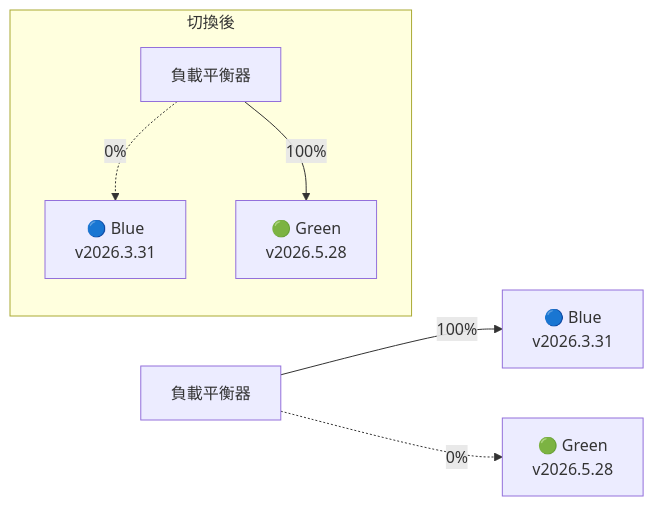
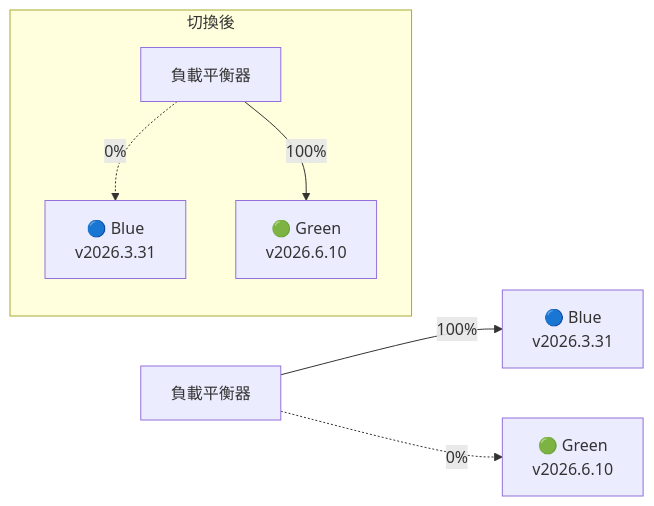
Before and after one commit to chihhung/Blog: diagram 36 of 51 in content/posts/教學/AI開發/OpenClaw生態系教學手冊.md, drawn with Mermaid. The commit also changed other lines of this file and 22 other files, not shown here.

````diff
--- a/content/posts/教學/AI開發/OpenClaw生態系教學手冊.md
+++ b/content/posts/教學/AI開發/OpenClaw生態系教學手冊.md
@@ -6503,10 +6550,10 @@
 ```mermaid
 flowchart LR
     LB[負載平衡器] --> |100%| BLUE[🔵 Blue<br>v2026.3.31]
-    LB -.-> |0%| GREEN[🟢 Green<br>v2026.5.28]
+    LB -.-> |0%| GREEN[🟢 Green<br>v2026.6.10]
     
     subgraph "切換後"
         LB2[負載平衡器] -.-> |0%| BLUE2[🔵 Blue<br>v2026.3.31]
-        LB2 --> |100%| GREEN2[🟢 Green<br>v2026.5.28]
+        LB2 --> |100%| GREEN2[🟢 Green<br>v2026.6.10]
     end
 ```
````
